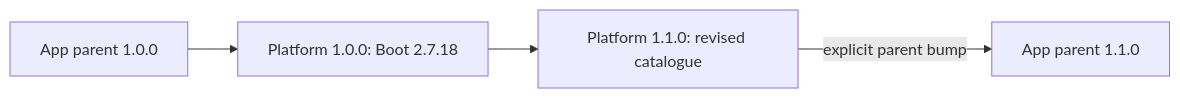
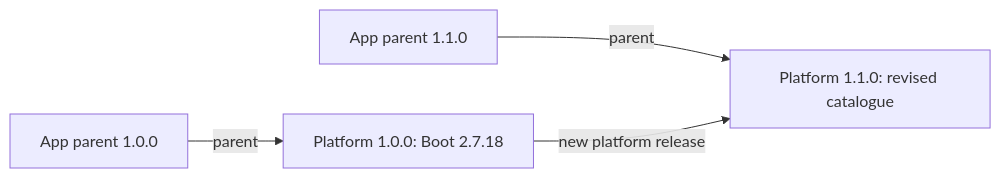
The third of 9 diagrams in README.md (IAAA-Lab/maven-corporate-pom), drawn with Mermaid before and after one commit. The commit also changed other lines of this file and 10 other files, not shown here.

````diff
--- a/README.md
+++ b/README.md
@@ -181,11 +187,11 @@
 ```mermaid
 flowchart LR
     oldApp["App parent 1.0.0"]
     oldPlatform["Platform 1.0.0: Boot 2.7.18"]
     newPlatform["Platform 1.1.0: revised catalogue"]
     upgradedApp["App parent 1.1.0"]
 
-    oldApp --> oldPlatform
-    oldPlatform --> newPlatform
-    newPlatform -->|"explicit parent bump"| upgradedApp
+    oldApp -->|"parent"| oldPlatform
+    upgradedApp -->|"parent"| newPlatform
+    oldPlatform -->|"new platform release"| newPlatform
 ```
````
